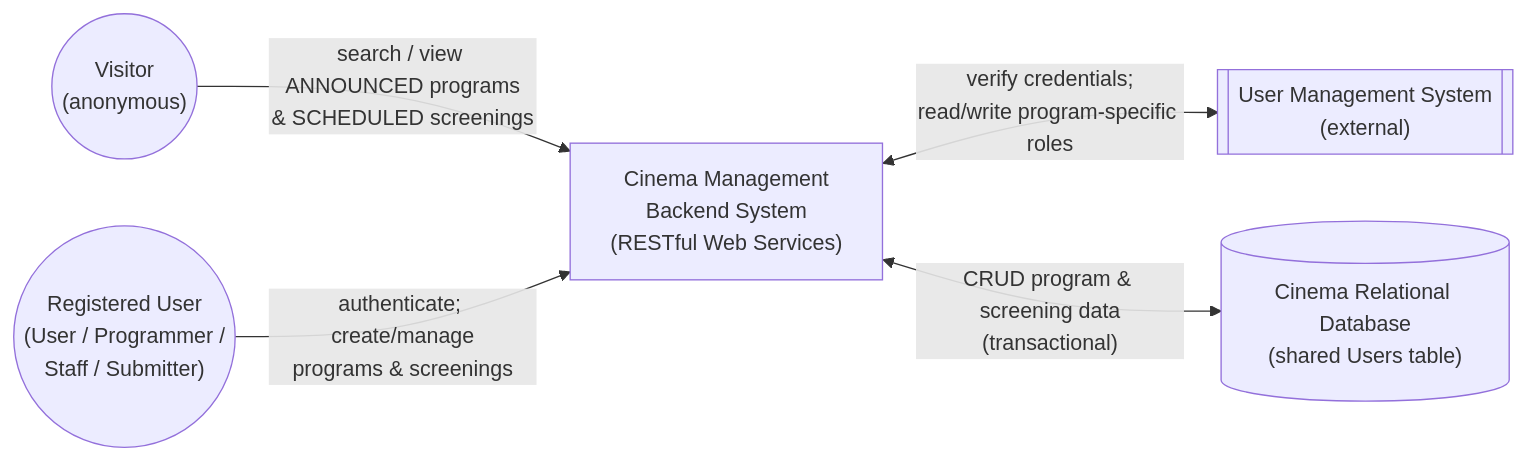
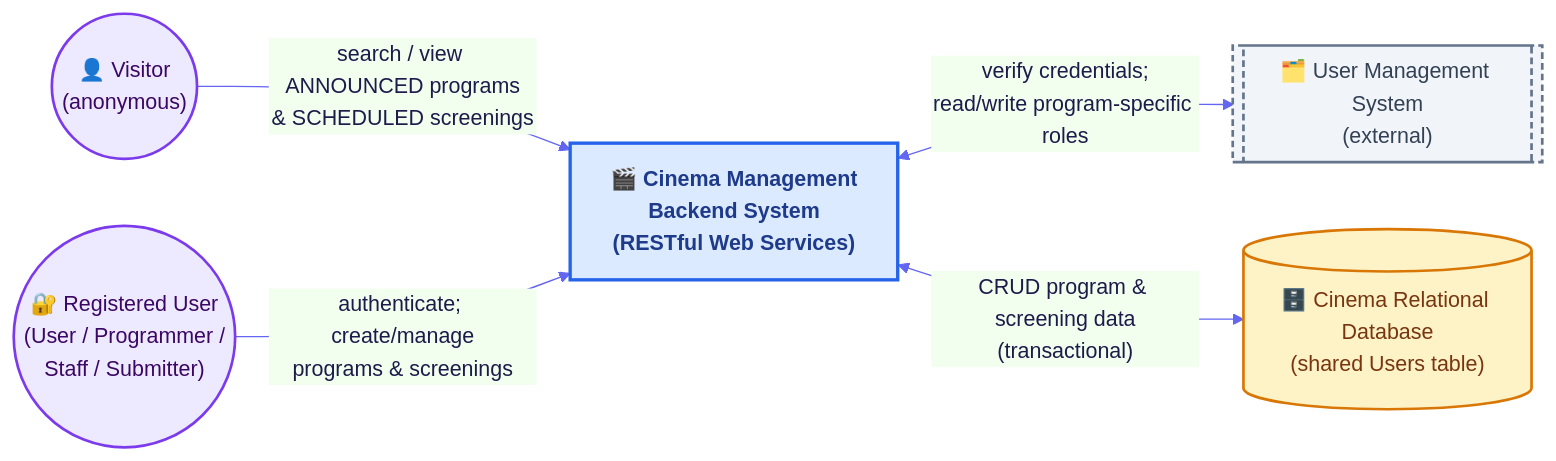
Before and after one commit to Volanakis/SoftwareEngineering101: the diagram in diagrams/01-context-diagram.md, drawn with Mermaid.

Commit message:
Update context diagram to enhance visual clarity and consistency

````diff
--- a/diagrams/01-context-diagram.md
+++ b/diagrams/01-context-diagram.md
@@ -5,13 +5,24 @@
 ```mermaid
+%%{init: {'theme':'base', 'themeVariables': {'fontFamily':'Segoe UI, sans-serif', 'primaryColor':'#eef2ff', 'primaryBorderColor':'#4338ca', 'primaryTextColor':'#1e1b4b', 'lineColor':'#6366f1'}}}%%
 flowchart LR
-    Visitor(("Visitor<br/>(anonymous)"))
-    RegUser(("Registered User<br/>(User / Programmer /<br/>Staff / Submitter)"))
-    Sys["Cinema Management<br/>Backend System<br/>(RESTful Web Services)"]
-    UserMgmt[["User Management System<br/>(external)"]]
-    DB[("Cinema Relational Database<br/>(shared Users table)")]
+    Visitor(("👤 Visitor<br/>(anonymous)"))
+    RegUser(("🔐 Registered User<br/>(User / Programmer /<br/>Staff / Submitter)"))
+    Sys["🎬 Cinema Management<br/>Backend System<br/>(RESTful Web Services)"]
+    UserMgmt[["🗂️ User Management System<br/>(external)"]]
+    DB[("🗄️ Cinema Relational Database<br/>(shared Users table)")]
 
     Visitor -->|"search / view ANNOUNCED programs<br/>& SCHEDULED screenings"| Sys
     RegUser -->|"authenticate; create/manage<br/>programs & screenings"| Sys
     Sys <-->|"verify credentials;<br/>read/write program-specific roles"| UserMgmt
     Sys <-->|"CRUD program & screening data<br/>(transactional)"| DB
+
+    classDef actor fill:#ede9fe,stroke:#7c3aed,stroke-width:2px,color:#3b0764
+    classDef boundary fill:#dbeafe,stroke:#2563eb,stroke-width:2.5px,color:#1e3a8a,font-weight:bold
+    classDef external fill:#f1f5f9,stroke:#64748b,stroke-width:2px,stroke-dasharray:5 3,color:#334155
+    classDef datastore fill:#fef3c7,stroke:#d97706,stroke-width:2px,color:#78350f
+
+    class Visitor,RegUser actor
+    class Sys boundary
+    class UserMgmt external
+    class DB datastore
 ```
````
